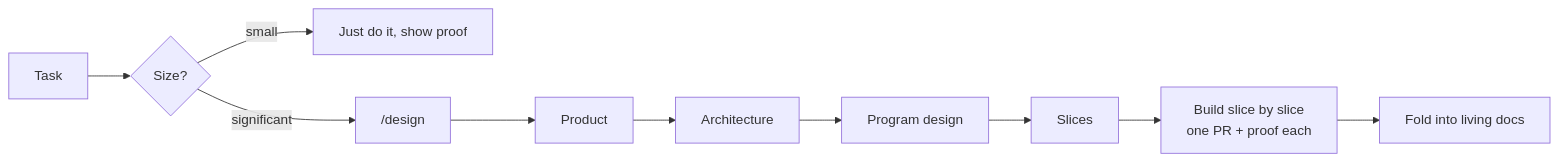
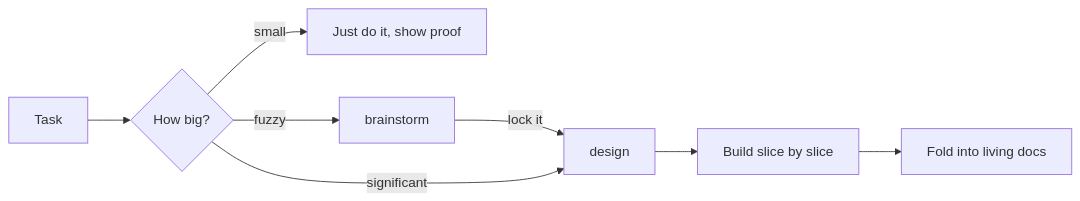
One commit to LaiAnTan/agentic-setup changed the diagram in README.md. Above: the diagram before and after it, drawn with Mermaid. The commit also changed other lines of this file, not shown here.

Commit message:
README: explain why each part of the setup exists

````diff
--- a/README.md
+++ b/README.md
@@ -25,9 +32,10 @@
 ```mermaid
 flowchart LR
-  A[Task] --> B{Size?}
-  B -- small --> C[Just do it, show proof]
-  B -- significant --> D["/design"]
-  D --> P[Product] --> R[Architecture] --> G[Program design] --> S[Slices]
-  S --> E[Build slice by slice<br/>one PR + proof each]
-  E --> F[Fold into living docs]
+  T[Task] --> Z{How big?}
+  Z -- small --> J[Just do it, show proof]
+  Z -- fuzzy --> B[brainstorm]
+  B -- lock it --> D[design]
+  Z -- significant --> D
+  D --> S[Build slice by slice]
+  S --> F[Fold into living docs]
 ```
````
